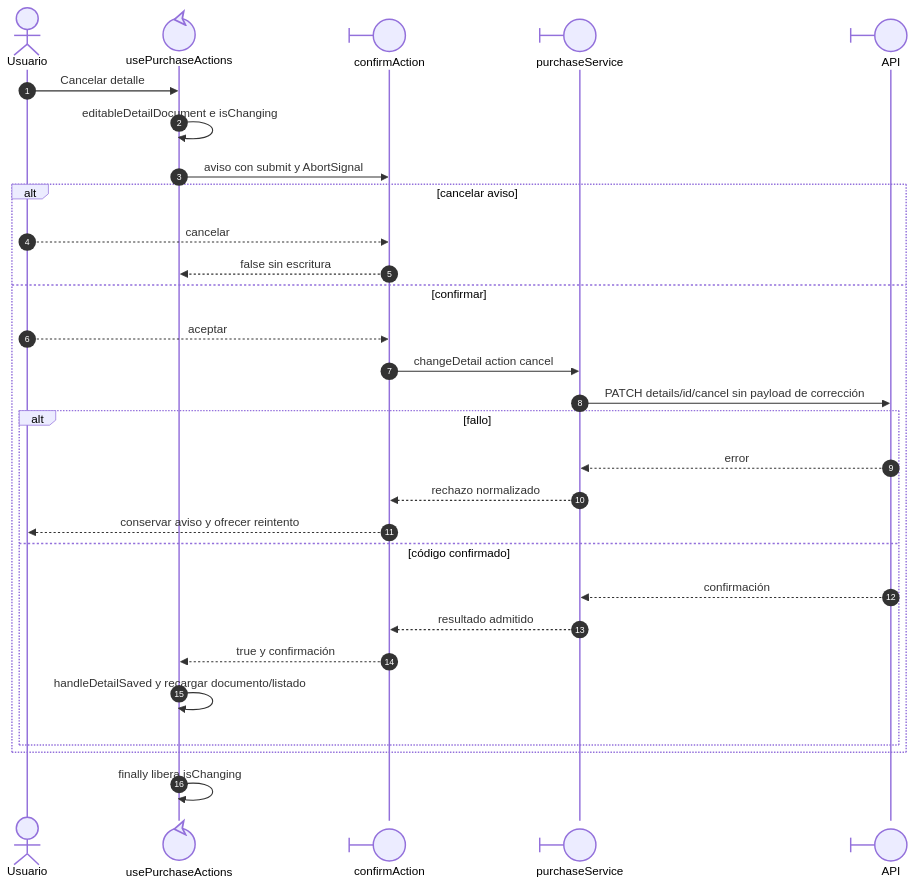
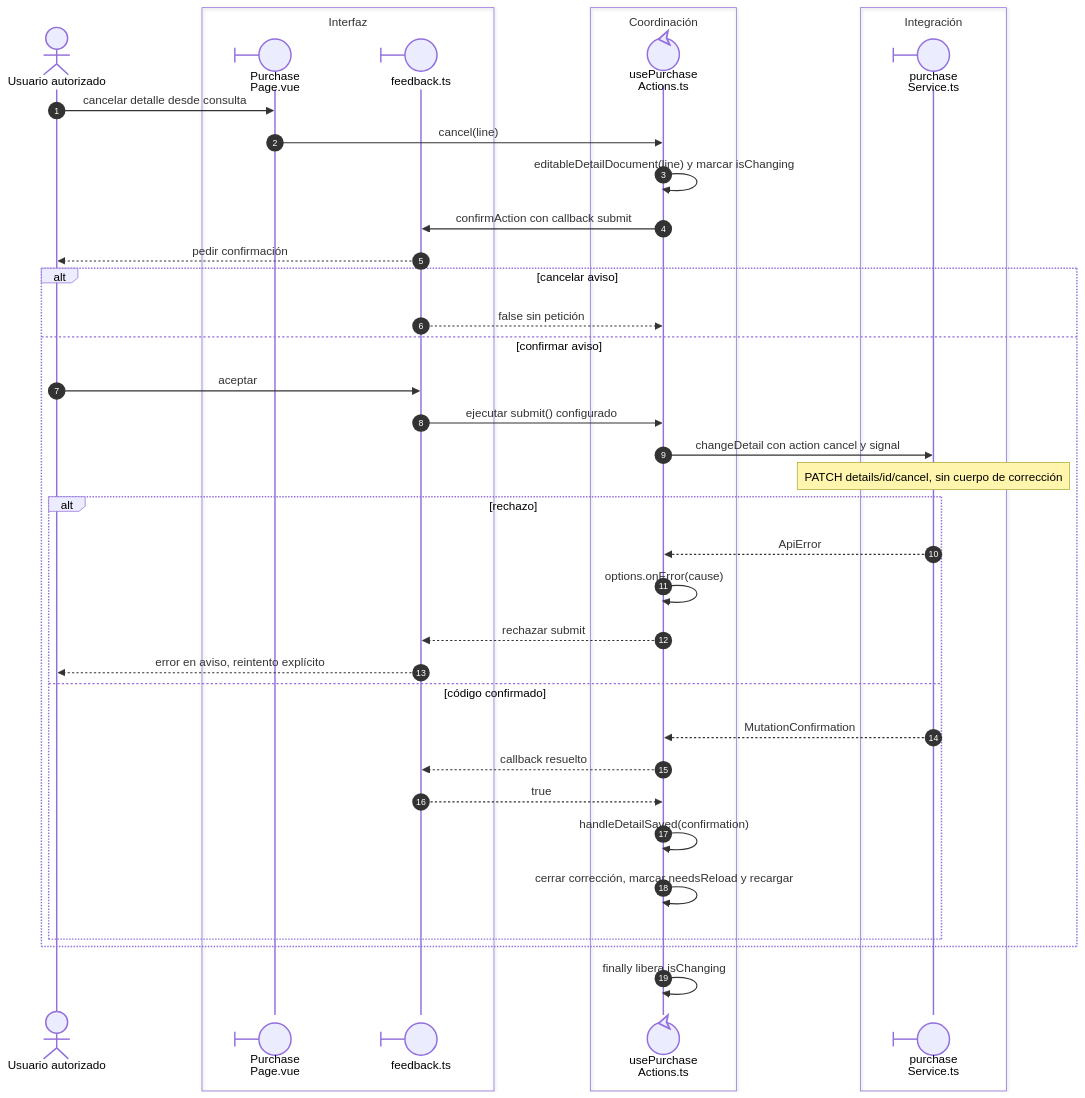
Before and after one commit to gpgsistemas01/nexus: the diagram in front/docs/architecture/views/processes/06-purchases/04-purchase-cancel.md, drawn with Mermaid. The commit also changed other lines of this file and 46 other files, not shown here.

Commit message:
docs: alinear secuencias Vue con participantes y callbacks reales

````diff
--- a/front/docs/architecture/views/processes/06-purchases/04-purchase-cancel.md
+++ b/front/docs/architecture/views/processes/06-purchases/04-purchase-cancel.md
@@ -15,31 +13,41 @@
 ```mermaid
 sequenceDiagram
     autonumber
-    actor Usuario
-    participant Actions@{ "type": "control" } as usePurchaseActions
-    participant Feedback@{ "type": "boundary" } as confirmAction
-    participant Service@{ "type": "boundary" } as purchaseService
-    participant API@{ "type": "boundary" } as API
-    Usuario->>Actions: Cancelar detalle
-    Actions->>Actions: editableDetailDocument e isChanging
-    Actions->>Feedback: aviso con submit y AbortSignal
+    actor U as Usuario autorizado
+    box Interfaz
+    participant Page@{ "type": "boundary" } as Purchase<br/>Page.vue
+    participant Feedback@{ "type": "boundary" } as feedback.ts
+    end
+    box Coordinación
+    participant Actions@{ "type": "control" } as usePurchase<br/>Actions.ts
+    end
+    box Integración
+    participant Service@{ "type": "boundary" } as purchase<br/>Service.ts
+    end
+    U->>Page: cancelar detalle desde consulta
+    Page->>Actions: cancel(line)
+    Actions->>Actions: editableDetailDocument(line) y marcar isChanging
+    Actions->>Feedback: confirmAction con callback submit
+    Feedback-->>U: pedir confirmación
     alt cancelar aviso
-        Usuario-->>Feedback: cancelar
-        Feedback-->>Actions: false sin escritura
-    else confirmar
-        Usuario-->>Feedback: aceptar
-        Feedback->>Service: changeDetail action cancel
-        Service->>API: PATCH details/id/cancel sin payload de corrección
-        alt fallo
-            API-->>Service: error
-            Service-->>Feedback: rechazo normalizado
-            Feedback-->>Usuario: conservar aviso y ofrecer reintento
+        Feedback-->>Actions: false sin petición
+    else confirmar aviso
+        U->>Feedback: aceptar
+        Feedback->>Actions: ejecutar submit() configurado
+        Actions->>Service: changeDetail con action cancel y signal
+        Note over Service: PATCH details/id/cancel, sin cuerpo de corrección
+        alt rechazo
+            Service-->>Actions: ApiError
+            Actions->>Actions: options.onError(cause)
+            Actions-->>Feedback: rechazar submit
+            Feedback-->>U: error en aviso, reintento explícito
         else código confirmado
-            API-->>Service: confirmación
-            Service-->>Feedback: resultado admitido
-            Feedback-->>Actions: true y confirmación
-            Actions->>Actions: handleDetailSaved y recargar documento/listado
+            Service-->>Actions: MutationConfirmation
+            Actions-->>Feedback: callback resuelto
+            Feedback-->>Actions: true
+            Actions->>Actions: handleDetailSaved(confirmation)
+            Actions->>Actions: cerrar corrección, marcar needsReload y recargar
         end
     end
     Actions->>Actions: finally libera isChanging
 ```
````
